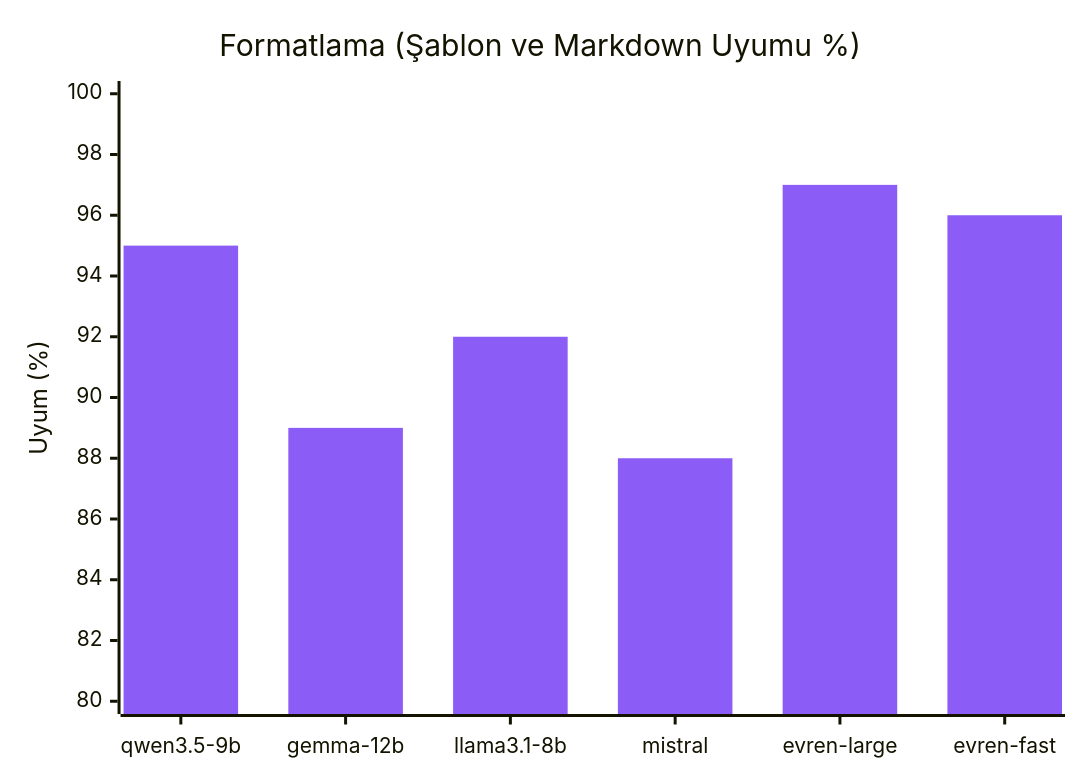
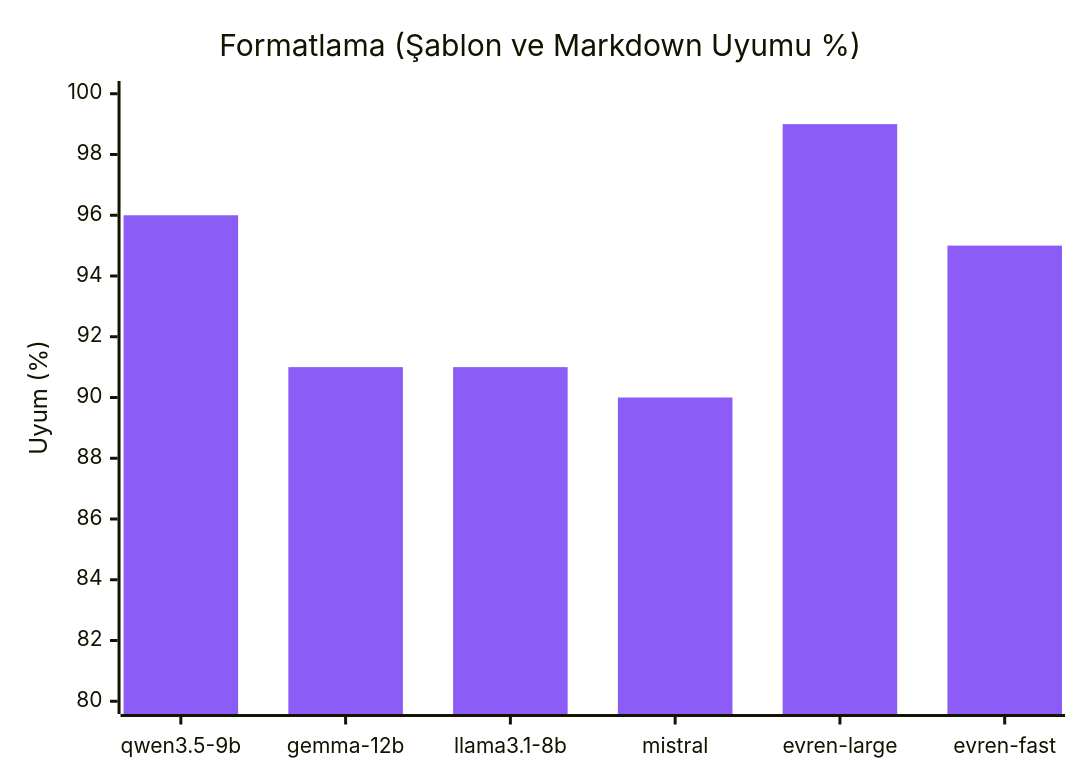
Diagram 14 of 16 in README.md (chyp3r/KACHOW-Teknofest-2026), drawn with Mermaid before and after one commit. The commit also changed other lines of this file, not shown here.

````diff
--- a/README.md
+++ b/README.md
@@ -647,8 +637,8 @@
 ```mermaid
 %%{init: { 'theme': 'base', 'themeVariables': { 'xyChart': {'plotColorPalette': '#8b5cf6'} } } }%%
 xychart-beta
     title "Formatlama (Şablon ve Markdown Uyumu %)"
     x-axis ["qwen3.5-9b", "gemma-12b", "llama3.1-8b", "mistral", "evren-large", "evren-fast"]
     y-axis "Uyum (%)" 80 --> 100
-    bar [95, 89, 92, 88, 97, 96]
+    bar [96, 91, 91, 90, 99, 95]
 ```
````
